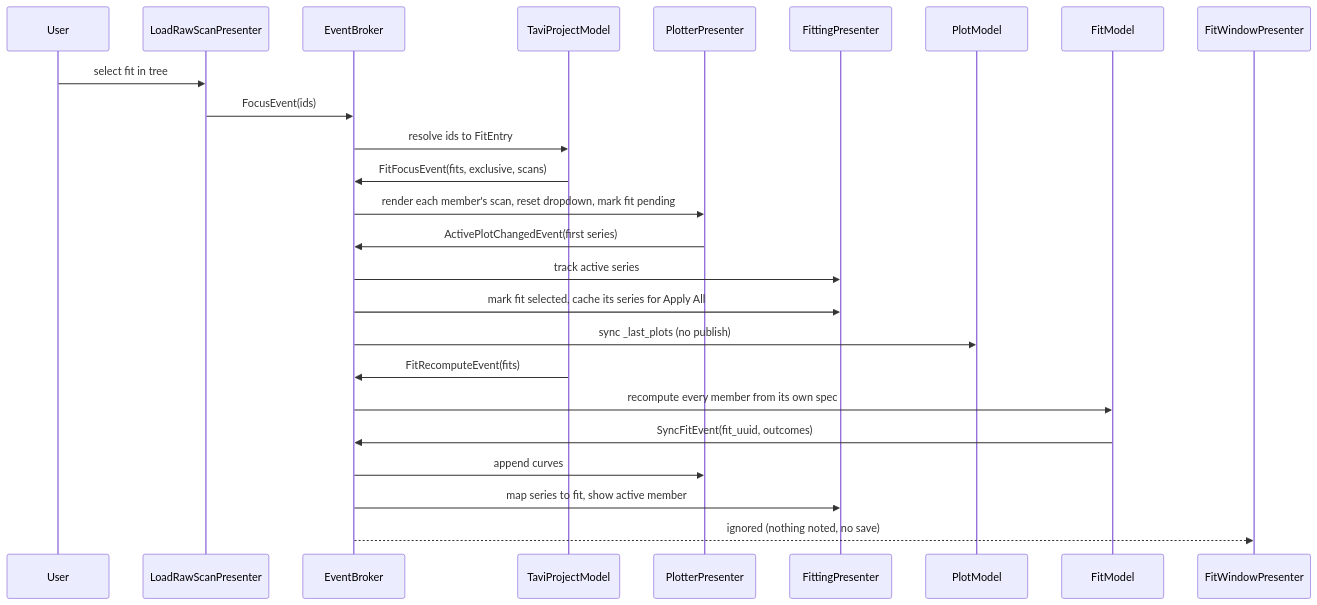
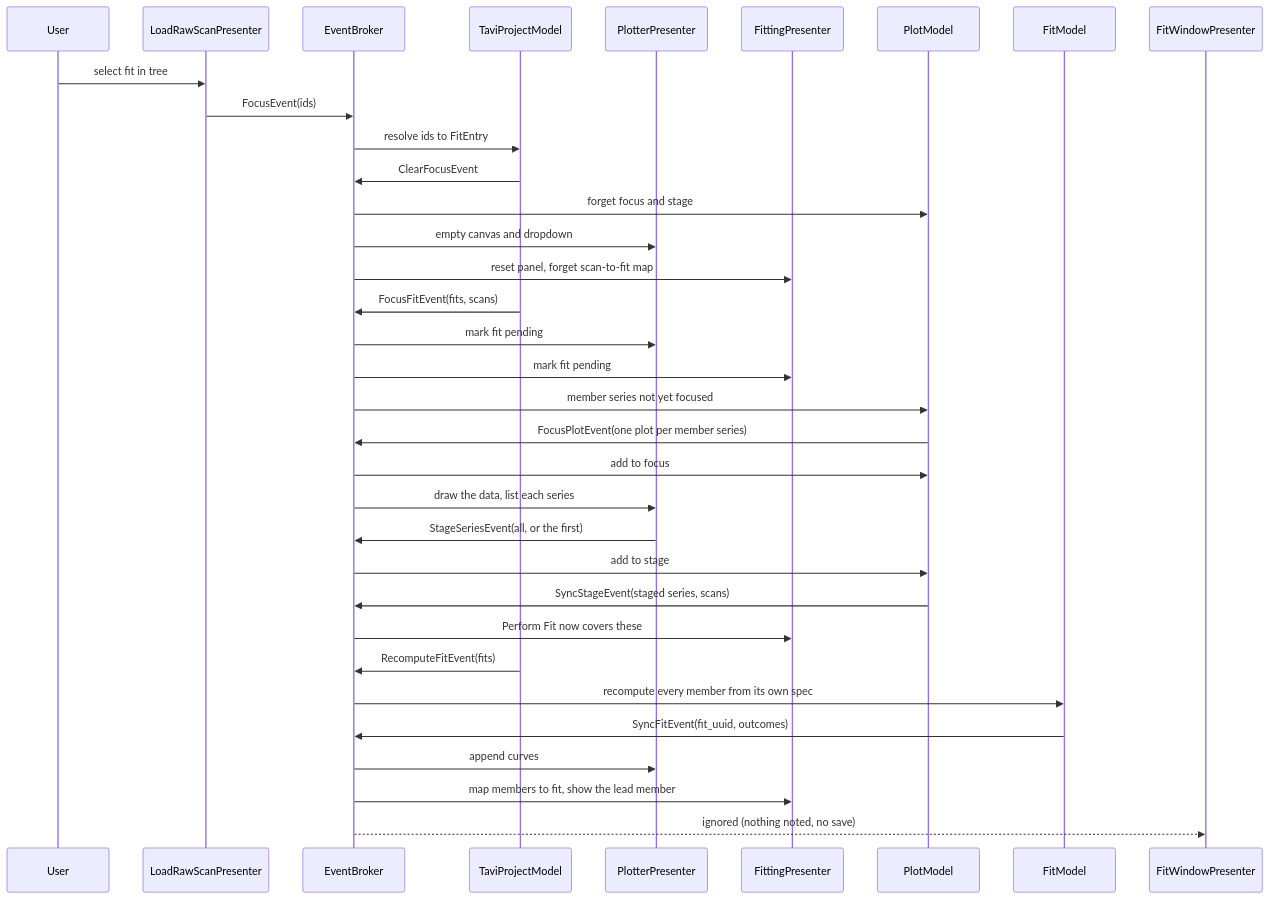
Before and after one commit to neutrons/TAVI: the fourth of 7 diagrams in docs/source/design/frontend/fit_data_model.rst, drawn with Mermaid. The commit also changed other lines of this file and 43 other files, not shown here.

```diff
--- a/docs/source/design/frontend/fit_data_model.rst
+++ b/docs/source/design/frontend/fit_data_model.rst
@@ -360,28 +403,37 @@
 .. mermaid::
 
     sequenceDiagram
         participant User
         participant LoadRawScanPresenter
         participant EventBroker
         participant TaviProjectModel
         participant PlotterPresenter
         participant FittingPresenter
         participant PlotModel
         participant FitModel
         participant FitWindowPresenter
 
         User ->> LoadRawScanPresenter: select fit in tree
         LoadRawScanPresenter ->> EventBroker: FocusEvent(ids)
         EventBroker ->> TaviProjectModel: resolve ids to FitEntry
-        TaviProjectModel ->> EventBroker: FitFocusEvent(fits, exclusive, scans)
-        EventBroker ->> PlotterPresenter: render each member's scan, reset dropdown, mark fit pending
-        PlotterPresenter ->> EventBroker: ActivePlotChangedEvent(first series)
-        EventBroker ->> FittingPresenter: track active series
-        EventBroker ->> FittingPresenter: mark fit selected, cache its series for Apply All
-        EventBroker ->> PlotModel: sync _last_plots (no publish)
-        TaviProjectModel ->> EventBroker: FitRecomputeEvent(fits)
+        TaviProjectModel ->> EventBroker: ClearFocusEvent
+        EventBroker ->> PlotModel: forget focus and stage
+        EventBroker ->> PlotterPresenter: empty canvas and dropdown
+        EventBroker ->> FittingPresenter: reset panel, forget scan-to-fit map
+        TaviProjectModel ->> EventBroker: FocusFitEvent(fits, scans)
+        EventBroker ->> PlotterPresenter: mark fit pending
+        EventBroker ->> FittingPresenter: mark fit pending
+        EventBroker ->> PlotModel: member series not yet focused
+        PlotModel ->> EventBroker: FocusPlotEvent(one plot per member series)
+        EventBroker ->> PlotModel: add to focus
+        EventBroker ->> PlotterPresenter: draw the data, list each series
+        PlotterPresenter ->> EventBroker: StageSeriesEvent(all, or the first)
+        EventBroker ->> PlotModel: add to stage
+        PlotModel ->> EventBroker: SyncStageEvent(staged series, scans)
+        EventBroker ->> FittingPresenter: Perform Fit now covers these
+        TaviProjectModel ->> EventBroker: RecomputeFitEvent(fits)
         EventBroker ->> FitModel: recompute every member from its own spec
         FitModel ->> EventBroker: SyncFitEvent(fit_uuid, outcomes)
         EventBroker ->> PlotterPresenter: append curves
-        EventBroker ->> FittingPresenter: map series to fit, show active member
+        EventBroker ->> FittingPresenter: map members to fit, show the lead member
         EventBroker -->> FitWindowPresenter: ignored (nothing noted, no save)
```
